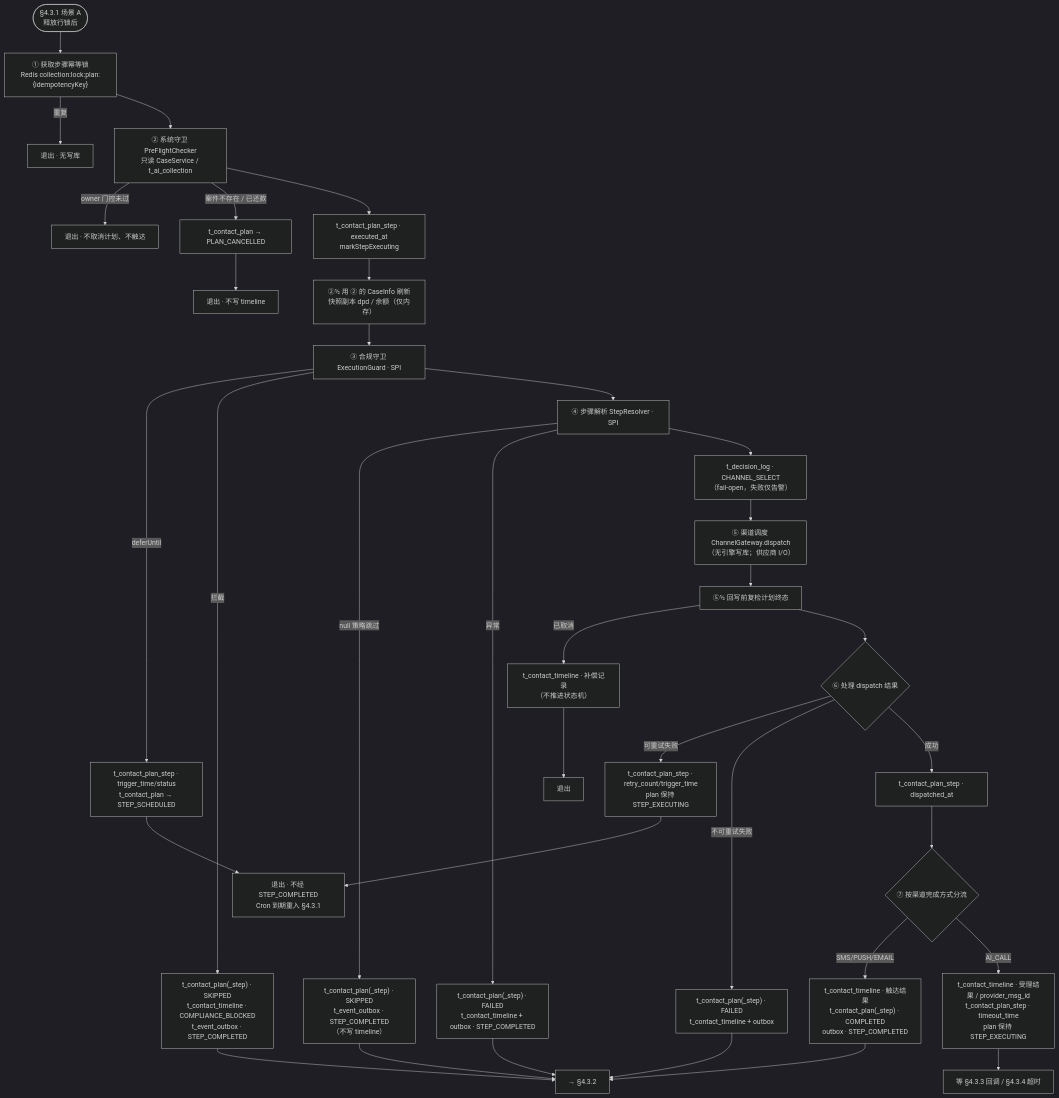
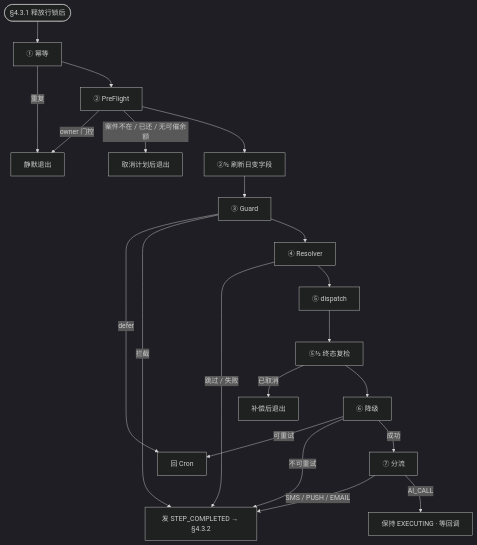
Before and after one commit to katherineliu2102/Intelligent-Collection-V1: the fifth of 6 diagrams in docs/MOCASA催收系统升级_Phase1_核心引擎规格.md, drawn with Mermaid (dark theme). The commit also changed other lines of this file and 41 other files, not shown here.

````diff
--- a/docs/MOCASA催收系统升级_Phase1_核心引擎规格.md
+++ b/docs/MOCASA催收系统升级_Phase1_核心引擎规格.md
@@ -726,53 +698,23 @@
 ```mermaid
 flowchart TD
-    entry(["§4.3.1 场景 A<br/>释放行锁后"]) --> idempotency
-
-    idempotency["① 获取步骤幂等锁<br/>Redis collection:lock:plan:{idempotencyKey}"]
-    idempotency -->|重复| duplicate_exit["退出 · 无写库"]
-    idempotency --> preflight
-
-    preflight["② 系统守卫 PreFlightChecker<br/>只读 CaseService / t_ai_collection"]
-    preflight -->|owner 门控未过| gated_exit["退出 · 不取消计划、不触达"]
-    preflight -->|案件不存在 / 已还款| cancel_plan["t_contact_plan → PLAN_CANCELLED"]
-    cancel_plan --> preflight_exit["退出 · 不写 timeline"]
-    preflight --> mark_executing["t_contact_plan_step · executed_at<br/>markStepExecuting"]
-    mark_executing --> refresh["②½ 用 ② 的 CaseInfo 刷新<br/>快照副本 dpd / 余额（仅内存）"]
-    refresh --> guard
-
-    guard["③ 合规守卫 ExecutionGuard · SPI"]
-    guard -->|deferUntil| reschedule_defer["t_contact_plan_step · trigger_time/status<br/>t_contact_plan → STEP_SCHEDULED"]
-    reschedule_defer --> rescan_exit["退出 · 不经 STEP_COMPLETED<br/>Cron 到期重入 §4.3.1"]
-    guard -->|拦截| record_block["t_contact_plan(_step) · SKIPPED<br/>t_contact_timeline · COMPLIANCE_BLOCKED<br/>t_event_outbox · STEP_COMPLETED"]
-    record_block --> advance["→ §4.3.2"]
-    guard --> resolve
-
-    resolve["④ 步骤解析 StepResolver · SPI"]
-    resolve -->|null 策略跳过| record_strategy_skip["t_contact_plan(_step) · SKIPPED<br/>t_event_outbox · STEP_COMPLETED<br/>（不写 timeline）"]
-    record_strategy_skip --> advance
-    resolve -->|异常| record_resolver_failure["t_contact_plan(_step) · FAILED<br/>t_contact_timeline + outbox · STEP_COMPLETED"]
-    record_resolver_failure --> advance
-    resolve --> decision_log["t_decision_log · CHANNEL_SELECT<br/>（fail-open，失败仅告警）"]
-    decision_log --> dispatch
-
-    dispatch["⑤ 渠道调度 ChannelGateway.dispatch<br/>（无引擎写库；供应商 I/O）"]
-    dispatch --> reload_status
-
-    reload_status["⑤½ 回写前复检计划终态"]
-    reload_status -->|已取消| record_cancelled_dispatch["t_contact_timeline · 补偿记录<br/>（不推进状态机）"]
-    record_cancelled_dispatch --> cancelled_exit["退出"]
-    reload_status --> dispatch_result
-
-    dispatch_result{"⑥ 处理 dispatch 结果"}
-    dispatch_result -->|可重试失败| schedule_retry["t_contact_plan_step · retry_count/trigger_time<br/>plan 保持 STEP_EXECUTING"]
-    schedule_retry --> rescan_exit
-    dispatch_result -->|不可重试失败| record_channel_failure["t_contact_plan(_step) · FAILED<br/>t_contact_timeline + outbox"]
-    record_channel_failure --> advance
-    dispatch_result -->|成功| mark_dispatched["t_contact_plan_step · dispatched_at"]
-    mark_dispatched --> channel_split
-
-    channel_split{"⑦ 按渠道完成方式分流"}
-    channel_split -->|SMS/PUSH/EMAIL| record_sync_result["t_contact_timeline · 触达结果<br/>t_contact_plan(_step) · COMPLETED<br/>outbox · STEP_COMPLETED"]
-    record_sync_result --> advance
-    channel_split -->|AI_CALL| await_callback["t_contact_timeline · 受理结果 / provider_msg_id<br/>t_contact_plan_step · timeout_time<br/>plan 保持 STEP_EXECUTING"]
-    await_callback --> async_exit["等 §4.3.3 回调 / §4.3.4 超时"]
+    entry(["§4.3.1 释放行锁后"]) --> s1["① 幂等"]
+    s1 -->|重复| silent["静默退出"]
+    s1 --> s2["② PreFlight"]
+    s2 -->|owner 门控| silent
+    s2 -->|案件不在 / 已还 / 无可催余额| cancel["取消计划后退出"]
+    s2 --> s25["②½ 刷新日变字段"]
+    s25 --> s3["③ Guard"]
+    s3 -->|defer| cron["回 Cron"]
+    s3 -->|拦截| done["发 STEP_COMPLETED → §4.3.2"]
+    s3 --> s4["④ Resolver"]
+    s4 -->|跳过 / 失败| done
+    s4 --> s5["⑤ dispatch"]
+    s5 --> s55["⑤½ 终态复检"]
+    s55 -->|已取消| compensate["补偿后退出"]
+    s55 --> s6["⑥ 降级"]
+    s6 -->|可重试| cron
+    s6 -->|不可重试| done
+    s6 -->|成功| s7["⑦ 分流"]
+    s7 -->|SMS / PUSH / EMAIL| done
+    s7 -->|AI_CALL| async["保持 EXECUTING · 等回调"]
 ```
````
